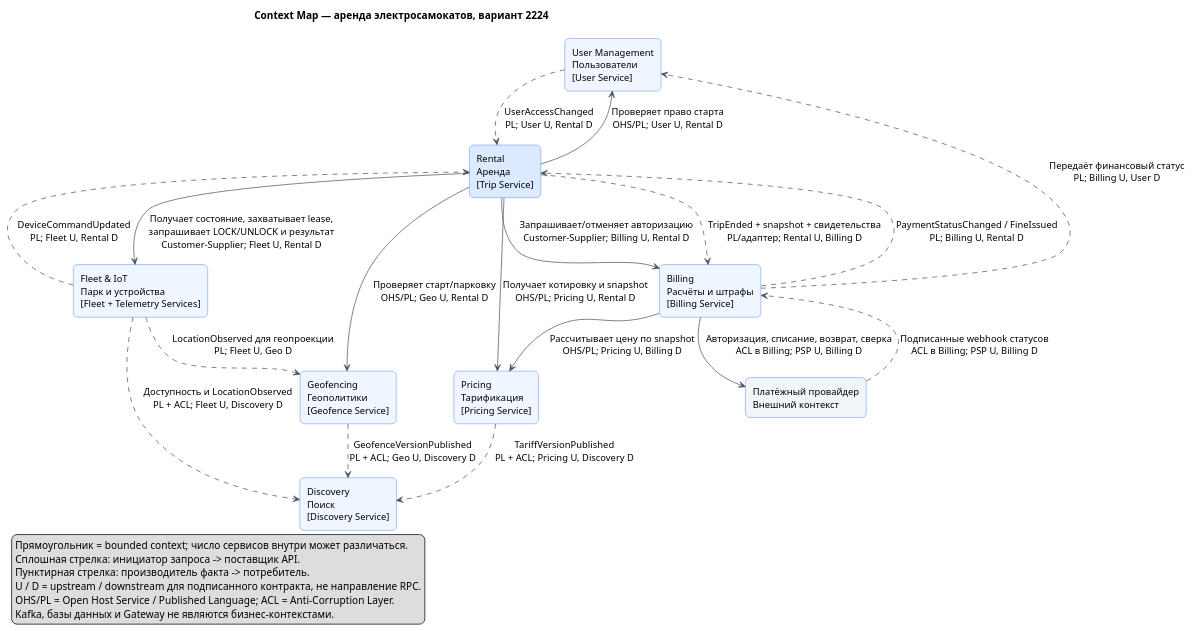
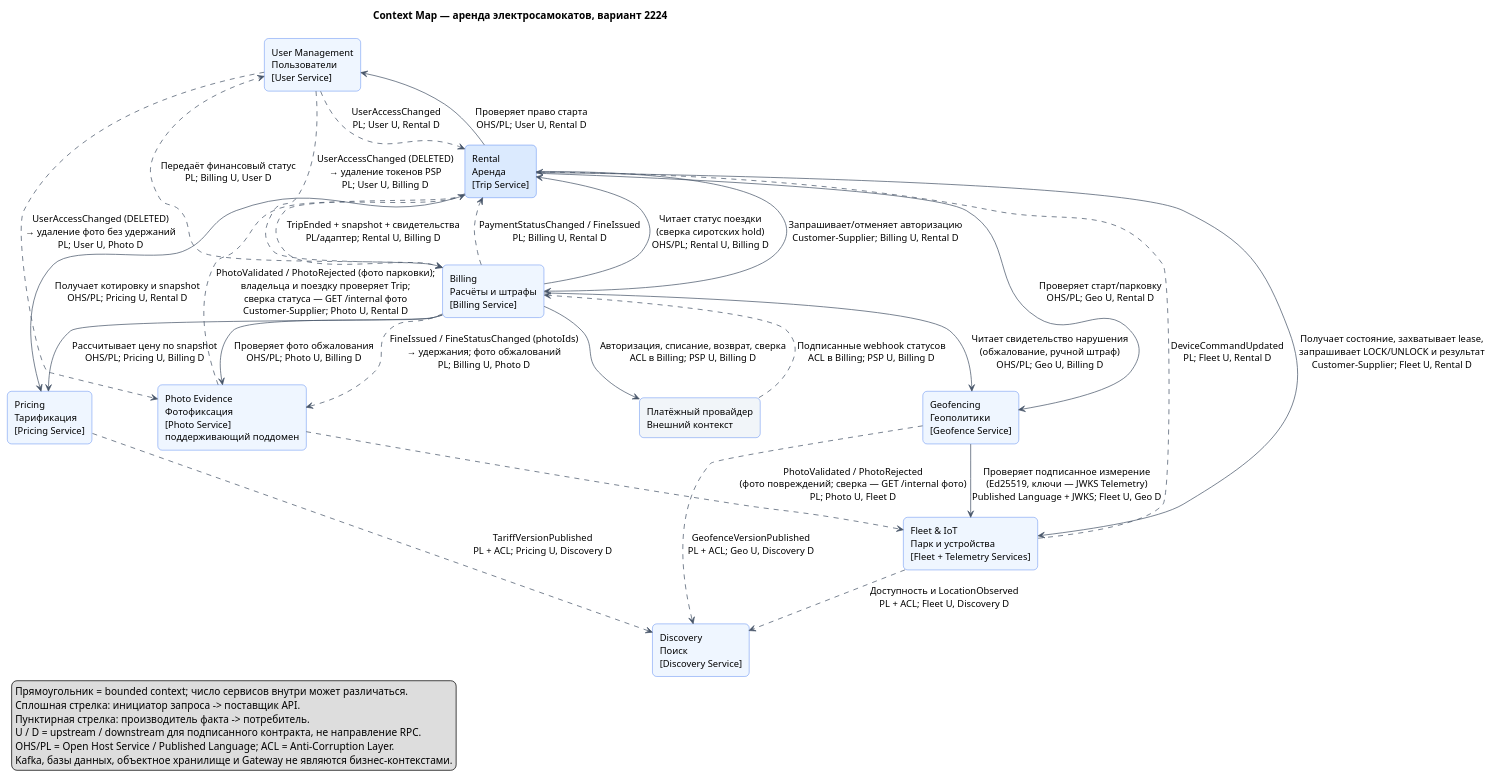
One commit to GBGodea/microservices-labs changed the diagram in diagrams/context-map.puml. Above: the diagram before and after it, drawn with PlantUML. The commit also changed 84 other files, not shown here.

Commit message:
Лаба 1 по замечаниям: C2/C3 по каждому сервису, детальное API, хранение данных и фото

```diff
--- a/diagrams/context-map.puml
+++ b/diagrams/context-map.puml
@@ -1,52 +1,61 @@
 @startuml context-map
 !pragma layout smetana
 title Context Map — аренда электросамокатов, вариант 2224
 top to bottom direction
 skinparam shadowing false
 skinparam defaultFontName SansSerif
 skinparam defaultFontSize 13
 skinparam rectangle {
   BackgroundColor #EFF6FF
   BorderColor #2563EB
   RoundCorner 12
 }
 skinparam ArrowColor #475569
 skinparam nodesep 90
 skinparam ranksep 90
 
 rectangle "User Management\nПользователи\n[User Service]" as users
 rectangle "Fleet & IoT\nПарк и устройства\n[Fleet + Telemetry Services]" as fleet
 rectangle "Rental\nАренда\n[Trip Service]" as rental #DBEAFE
 rectangle "Discovery\nПоиск\n[Discovery Service]" as search
 rectangle "Pricing\nТарификация\n[Pricing Service]" as pricing
 rectangle "Billing\nРасчёты и штрафы\n[Billing Service]" as billing
 rectangle "Geofencing\nГеополитики\n[Geofence Service]" as geo
+rectangle "Photo Evidence\nФотофиксация\n[Photo Service]\nподдерживающий поддомен" as photo
 rectangle "Платёжный провайдер\nВнешний контекст" as psp #F1F5F9
 
 rental --> users : Проверяет право старта\nOHS/PL; User U, Rental D
 users ..> rental : UserAccessChanged\nPL; User U, Rental D
 rental --> fleet : Получает состояние, захватывает lease,\nзапрашивает LOCK/UNLOCK и результат\nCustomer-Supplier; Fleet U, Rental D
 fleet ..> rental : DeviceCommandUpdated\nPL; Fleet U, Rental D
 rental --> pricing : Получает котировку и snapshot\nOHS/PL; Pricing U, Rental D
 rental --> geo : Проверяет старт/парковку\nOHS/PL; Geo U, Rental D
 rental --> billing : Запрашивает/отменяет авторизацию\nCustomer-Supplier; Billing U, Rental D
 rental ..> billing : TripEnded + snapshot + свидетельства\nPL/адаптер; Rental U, Billing D
 billing ..> rental : PaymentStatusChanged / FineIssued\nPL; Billing U, Rental D
 billing ..> users : Передаёт финансовый статус\nPL; Billing U, User D
+users ..> billing : UserAccessChanged (DELETED)\n→ удаление токенов PSP\nPL; User U, Billing D
+billing --> rental : Читает статус поездки\n(сверка сиротских hold)\nOHS/PL; Rental U, Billing D
+billing --> geo : Читает свидетельство нарушения\n(обжалование, ручной штраф)\nOHS/PL; Geo U, Billing D
+billing --> photo : Проверяет фото обжалования\nOHS/PL; Photo U, Billing D
 billing --> pricing : Рассчитывает цену по snapshot\nOHS/PL; Pricing U, Billing D
 billing --> psp : Авторизация, списание, возврат, сверка\nACL в Billing; PSP U, Billing D
 psp ..> billing : Подписанные webhook статусов\nACL в Billing; PSP U, Billing D
 fleet ..> search : Доступность и LocationObserved\nPL + ACL; Fleet U, Discovery D
-fleet ..> geo : LocationObserved для геопроекции\nPL; Fleet U, Geo D
+geo --> fleet : Проверяет подписанное измерение\n(Ed25519, ключи — JWKS Telemetry)\nPublished Language + JWKS; Fleet U, Geo D
 pricing ..> search : TariffVersionPublished\nPL + ACL; Pricing U, Discovery D
 geo ..> search : GeofenceVersionPublished\nPL + ACL; Geo U, Discovery D
+photo ..> rental : PhotoValidated / PhotoRejected (фото парковки);\nвладельца и поездку проверяет Trip;\nсверка статуса — GET /internal фото\nCustomer-Supplier; Photo U, Rental D
+photo ..> fleet : PhotoValidated / PhotoRejected\n(фото повреждений; сверка — GET /internal фото)\nPL; Photo U, Fleet D
+billing ..> photo : FineIssued / FineStatusChanged (photoIds)\n→ удержания; фото обжалований\nPL; Billing U, Photo D
+users ..> photo : UserAccessChanged (DELETED)\n→ удаление фото без удержаний\nPL; User U, Photo D
 
 legend bottom left
   Прямоугольник = bounded context; число сервисов внутри может различаться.
   Сплошная стрелка: инициатор запроса -> поставщик API.
   Пунктирная стрелка: производитель факта -> потребитель.
   U / D = upstream / downstream для подписанного контракта, не направление RPC.
   OHS/PL = Open Host Service / Published Language; ACL = Anti-Corruption Layer.
-  Kafka, базы данных и Gateway не являются бизнес-контекстами.
+  Kafka, базы данных, объектное хранилище и Gateway не являются бизнес-контекстами.
 endlegend
 @enduml
```
